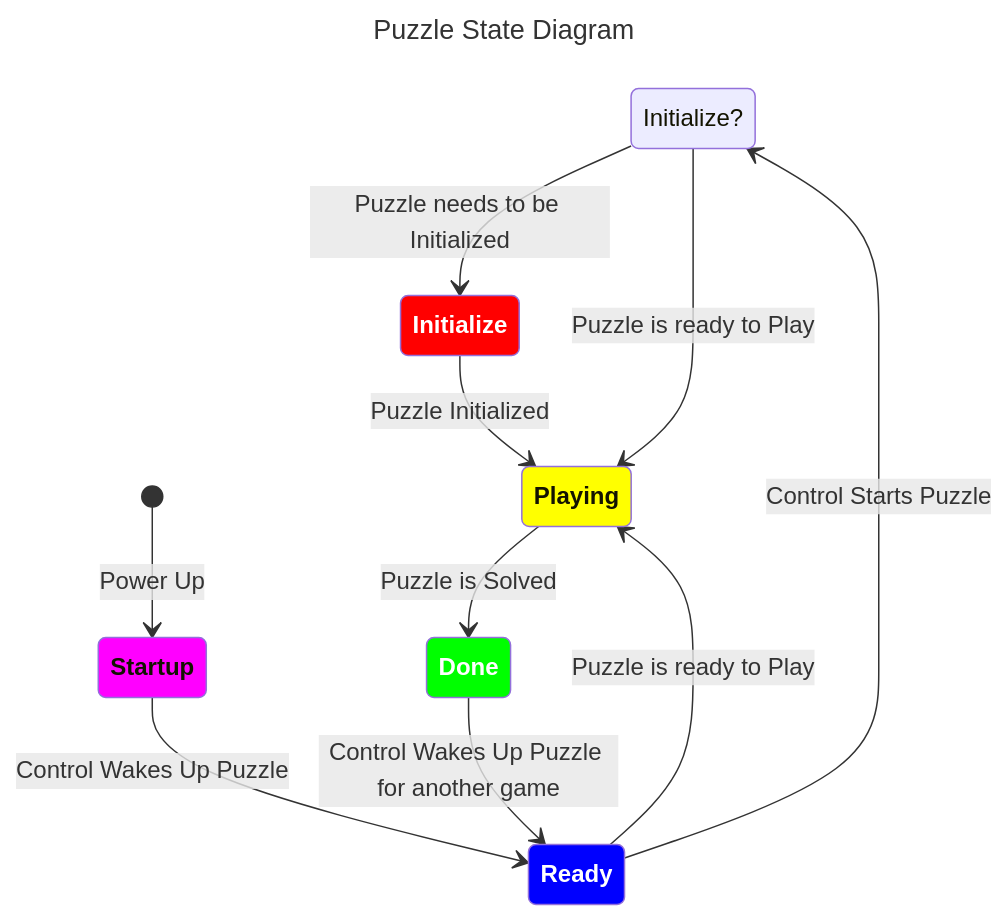
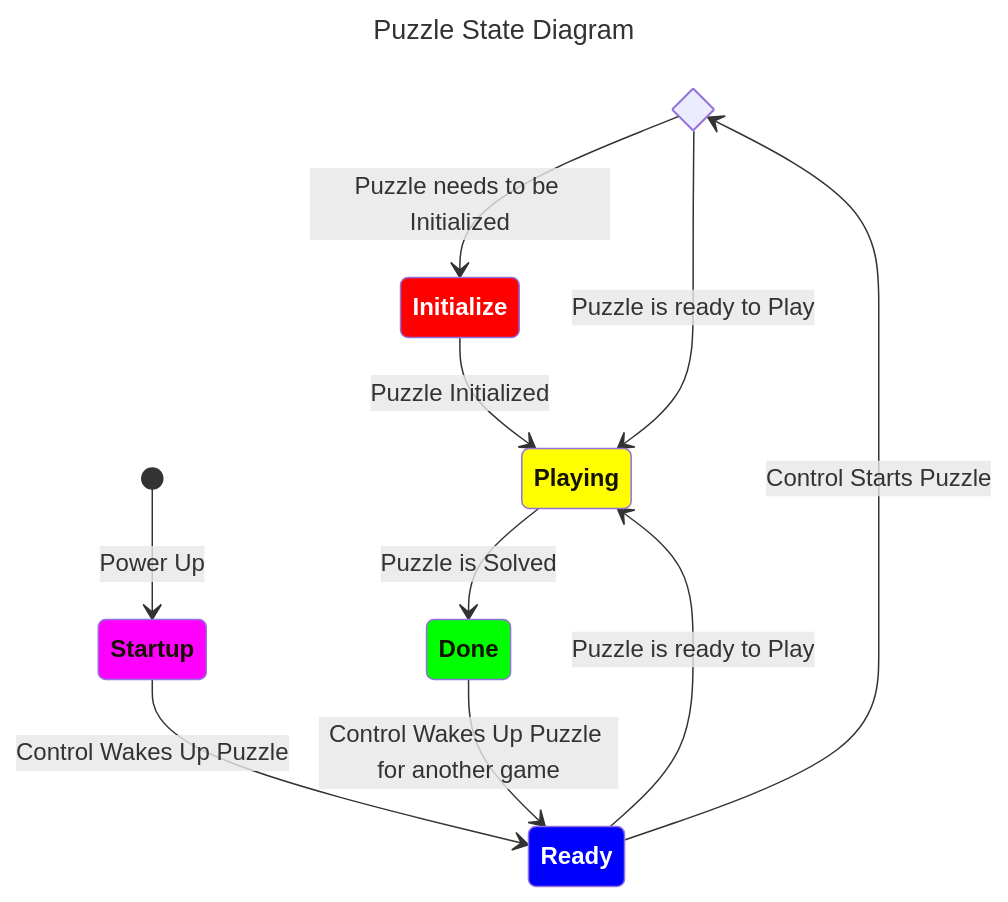
One commit to greggubben/PhoneHomeBusyBox changed the second of 2 diagrams in README.md. Above: the diagram before and after it, drawn with Mermaid.

Commit message:
architecture section state colors

````diff
--- a/README.md
+++ b/README.md
@@ -106,31 +106,33 @@
 ```mermaid
 ---
 title: Puzzle State Diagram
 ---
 stateDiagram-v2
+  direction TB
+
   state needsInitialized <<choice>>
-  needsInitialized: Initialize?
+
   [*] --> Startup: Power Up
   Startup --> Ready: Control Wakes Up Puzzle
   Ready --> needsInitialized: Control Starts Puzzle
   needsInitialized --> Initialize: Puzzle needs to be Initialized
   needsInitialized --> Playing: Puzzle is ready to Play
   Initialize --> Playing: Puzzle Initialized
   Ready --> Playing: Puzzle is ready to Play
   Playing --> Done: Puzzle is Solved
   Done --> Ready: Control Wakes Up Puzzle for another game
 
   classDef purple fill:#f0f,font-weight:bold
   classDef blue fill:#00F,color:white,font-weight:bold
   classDef red fill:#F00,color:white,font-weight:bold
   classDef yellow fill:#FF0,font-weight:bold
-  classDef green fill:#0F0,color:white,font-weight:bold
+  classDef green fill:#0F0,font-weight:bold
   classDef cyan fill:#0FF,font-weight:bold
 
   class Startup purple
   class Ready blue
   class Initialize red
   class Playing yellow
   class Done green
 
 ```
````
